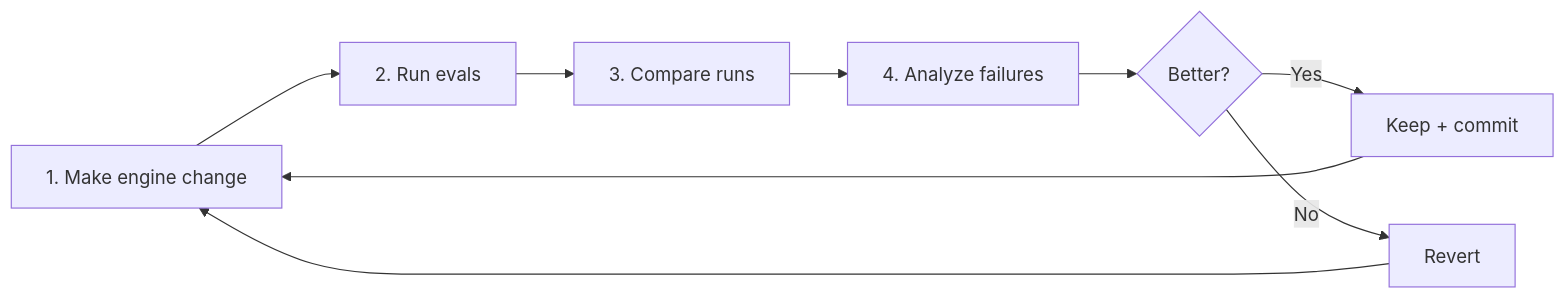
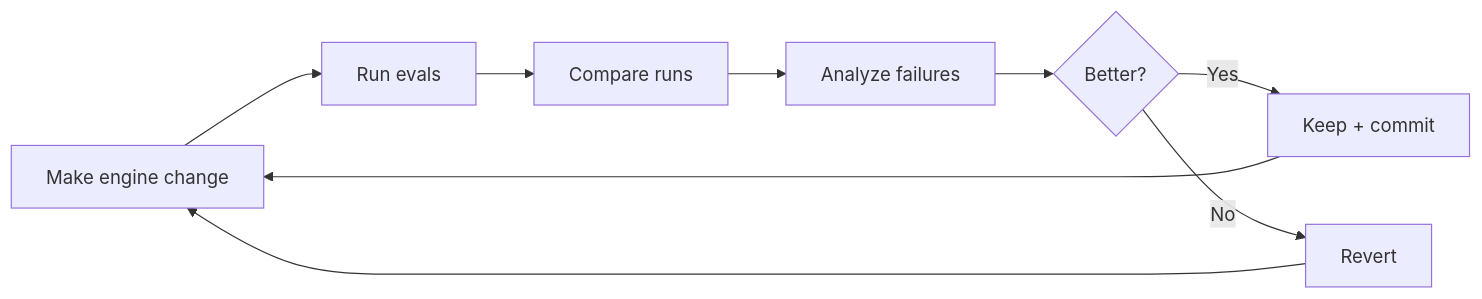
Diagram 11 of 11 in docs/HACKMD-REVIEW.md (stopitdan/recommendagame), drawn with Mermaid before and after one commit. The commit also changed other lines of this file and 1 other file, not shown here.

First line of the commit message:
Fix mermaid: remove numbered prefixes that HackMD parses as markdown lists

````diff
--- a/docs/HACKMD-REVIEW.md
+++ b/docs/HACKMD-REVIEW.md
@@ -614,14 +608,14 @@
 ```mermaid
 flowchart LR
-    CHANGE["1. Make engine change"]
-    RUN["2. Run evals"]
-    COMPARE["3. Compare runs"]
-    ANALYZE["4. Analyze failures"]
+    CHANGE["Make engine change"]
+    RUN["Run evals"]
+    COMPARE["Compare runs"]
+    ANALYZE["Analyze failures"]
     DECIDE{"Better?"}
     KEEP["Keep + commit"]
     REVERT["Revert"]
 
     CHANGE --> RUN --> COMPARE --> ANALYZE --> DECIDE
     DECIDE -->|"Yes"| KEEP --> CHANGE
     DECIDE -->|"No"| REVERT --> CHANGE
 ```
````
